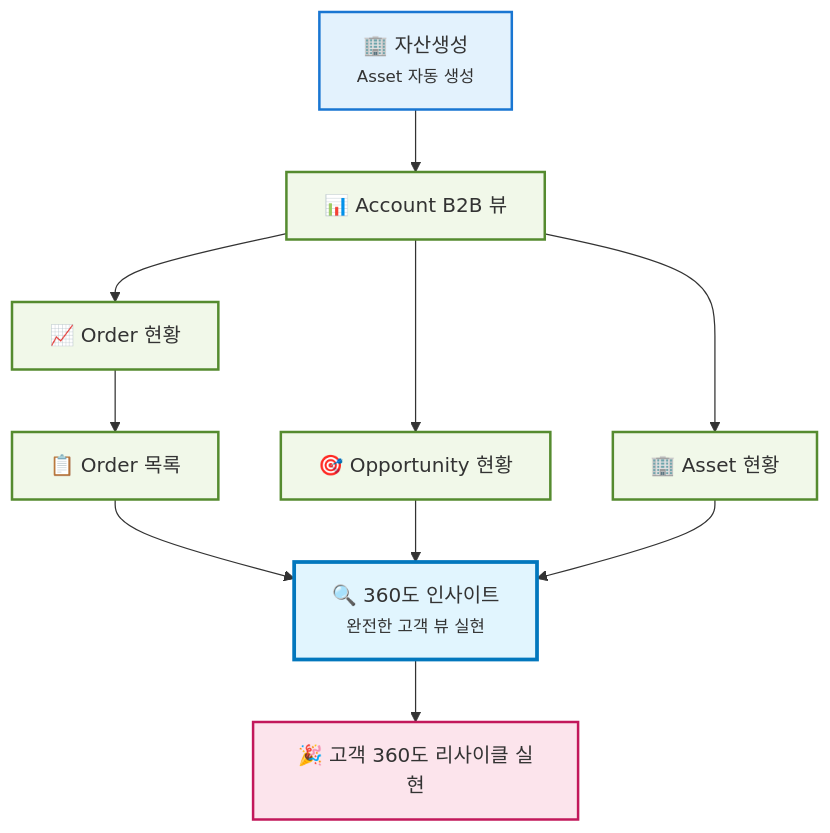
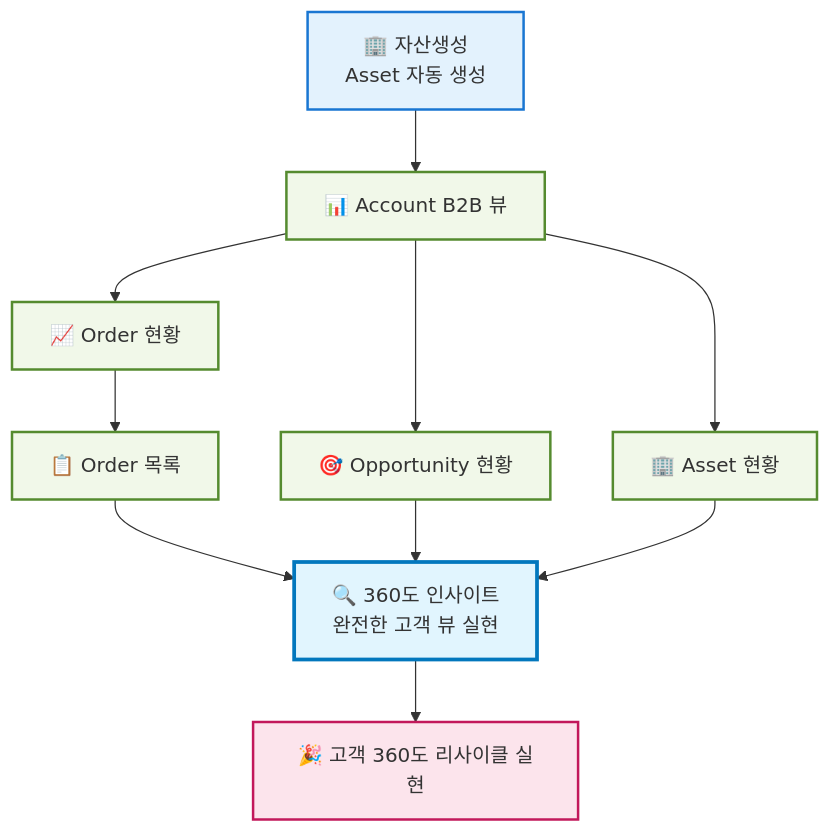
The sixth of 6 diagrams in README.md (MoonJH-2/MainOrgProject), drawn with Mermaid before and after one commit. The commit also changed other lines of this file, not shown here.

First line of the commit message:
fix: Mermaid 플로우차트 텍스트 잘림 현상 완전 해결

````diff
--- a/README.md
+++ b/README.md
@@ -166,31 +166,31 @@
 ```mermaid
 flowchart TD
-    N["🏢 자산생성 <br><small>Asset 자동 생성 </small>"] --> AccountB2B["📊 Account B2B 뷰"]
+    N["🏢 자산생성<br>Asset 자동 생성"] --> AccountB2B["📊 Account B2B 뷰"]
     
     AccountB2B --> OrderStatus["📈 Order 현황"]
     AccountB2B --> OpportunityStatus["🎯 Opportunity 현황"]
     AccountB2B --> AssetStatus["🏢 Asset 현황"]
     
     OrderStatus --> OrderList["📋 Order 목록"]
-    OrderList --> Insight360["🔍 360도 인사이트 <br><small>완전한 고객 뷰 실현 </small>"]
+    OrderList --> Insight360["🔍 360도 인사이트<br>완전한 고객 뷰 실현"]
     
     OpportunityStatus --> Insight360
     AssetStatus --> Insight360
     
     Insight360 --> T["🎉 고객 360도 리사이클 실현"]
     
     %% 스타일 정의
     N:::main
     AccountB2B:::b2b
     OrderStatus:::b2b
     OpportunityStatus:::b2b
     AssetStatus:::b2b
     OrderList:::b2b
     Insight360:::insight
     T:::people
     
     classDef main fill:#e3f2fd,stroke:#1976d2,stroke-width:2px
     classDef b2b fill:#f1f8e9,stroke:#558b2f,stroke-width:2px
     classDef insight fill:#e1f5fe,stroke:#0277bd,stroke-width:3px
     classDef people fill:#fce4ec,stroke:#c2185b,stroke-width:2px
 ```
````
